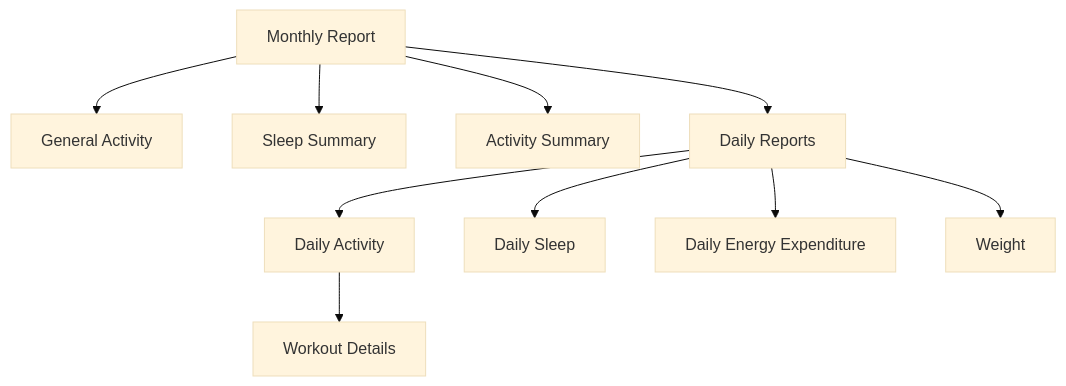
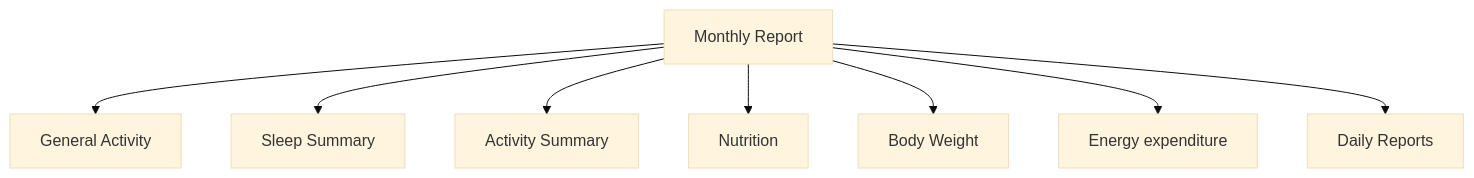
One commit to MateuszMocarski/AppleHealthMonitorAnalyzer changed the third of 4 diagrams in README.md. Above: the diagram before and after it, drawn with Mermaid (base theme). The commit also changed other lines of this file and 1 other file, not shown here.

````diff
--- a/README.md
+++ b/README.md
@@ -286,26 +300,22 @@
 ```mermaid
 flowchart TD
 
-    A["Monthly Report"]
-    B["General Activity"]
-    C["Sleep Summary"]
-    D["Activity Summary"]
-    E["Daily Reports"]
-    G["Daily Activity"]
-    F["Daily Sleep"]
-    I["Daily Energy Expenditure"]
-    J["Weight"]
+    A["Monthly Report"]
+    B["General Activity"]
+    C["Sleep Summary"]
+    D["Activity Summary"]
+    E["Nutrition"]
+    F["Body Weight"]
+    G["Energy expenditure"]
+    H["Daily Reports"]
+    
 
-    H["Workout Details"]
+    A --> B
+    A --> C
+    A --> D
+    A --> E
+    A --> F
+    A --> G
+    A --> H
 
-    A --> B
-    A --> C
-    A --> D
-    A --> E
-
-    E --> G
-    E --> F
-    E --> I
-    E --> J
-    G --> H
 ```
````
